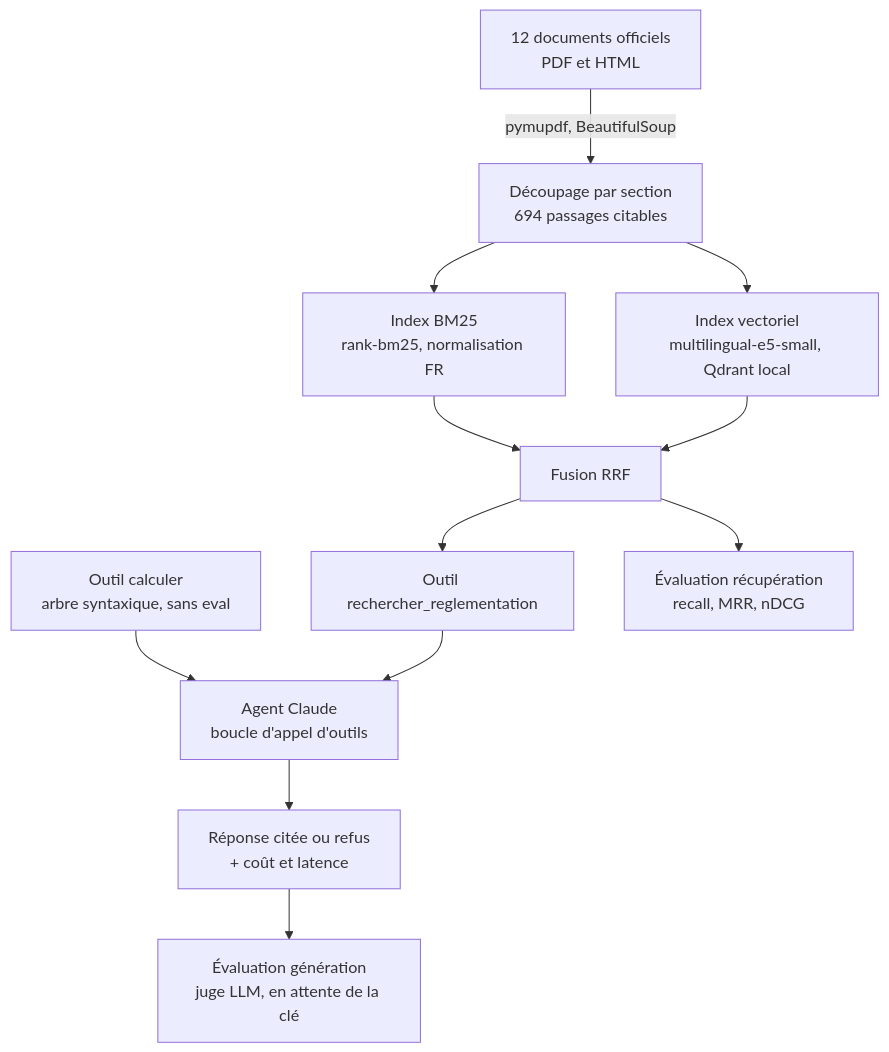
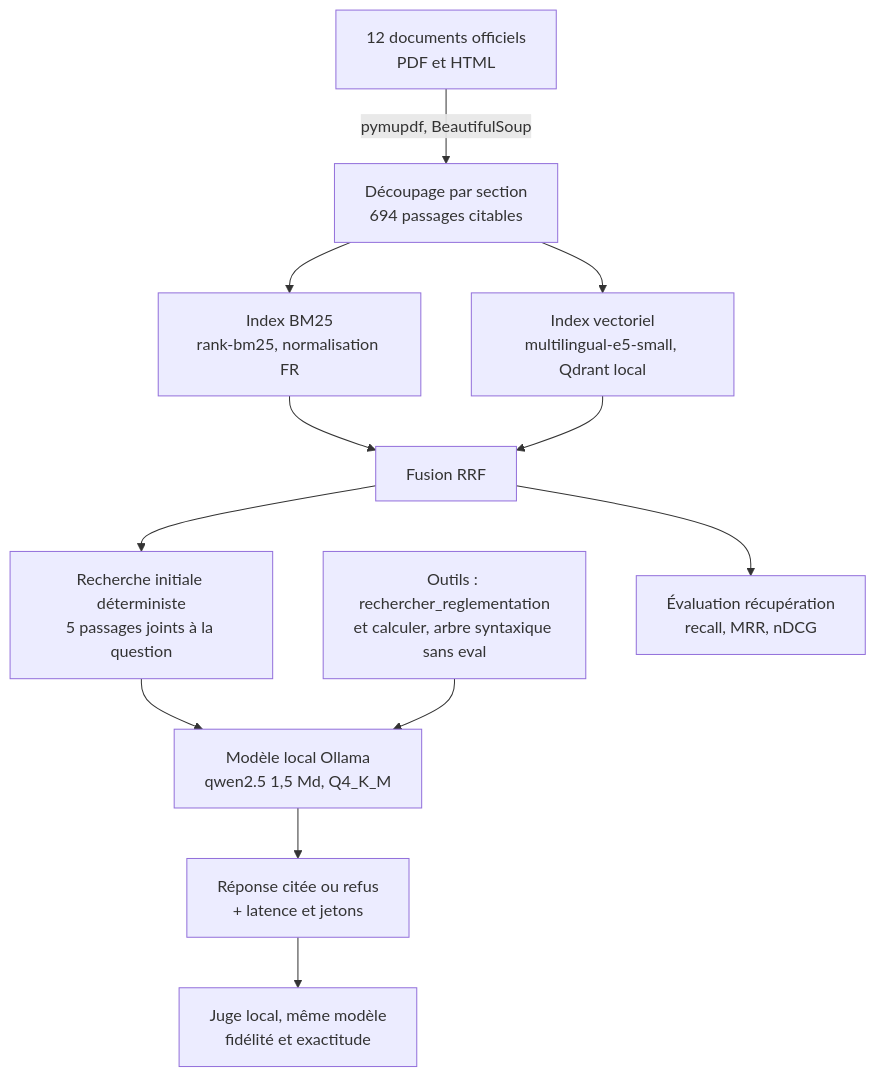
The diagram in README.md (yzasmin/re2020-assistant-rag), drawn with Mermaid before and after one commit. The commit also changed other lines of this file and 12 other files, not shown here.

First line of the commit message:
Bascule la génération sur un modèle ouvert exécuté en local (Ollama)

````diff
--- a/README.md
+++ b/README.md
@@ -22,14 +25,14 @@
 ```mermaid
 flowchart TD
     A[12 documents officiels<br/>PDF et HTML] -->|pymupdf, BeautifulSoup| B[Découpage par section<br/>694 passages citables]
     B --> C[Index BM25<br/>rank-bm25, normalisation FR]
     B --> D[Index vectoriel<br/>multilingual-e5-small, Qdrant local]
     C --> E[Fusion RRF]
     D --> E
-    E --> F[Outil rechercher_reglementation]
-    G[Outil calculer<br/>arbre syntaxique, sans eval] --> H
-    F --> H[Agent Claude<br/>boucle d'appel d'outils]
-    H --> I[Réponse citée ou refus<br/>+ coût et latence]
-    I --> J[Évaluation génération<br/>juge LLM, en attente de la clé]
+    E --> F[Recherche initiale déterministe<br/>5 passages joints à la question]
+    F --> H[Modèle local Ollama<br/>qwen2.5 1,5 Md, Q4_K_M]
+    G[Outils : rechercher_reglementation<br/>et calculer, arbre syntaxique sans eval] --> H
+    H --> I[Réponse citée ou refus<br/>+ latence et jetons]
+    I --> J[Juge local, même modèle<br/>fidélité et exactitude]
     E --> K[Évaluation récupération<br/>recall, MRR, nDCG]
 ```
````
